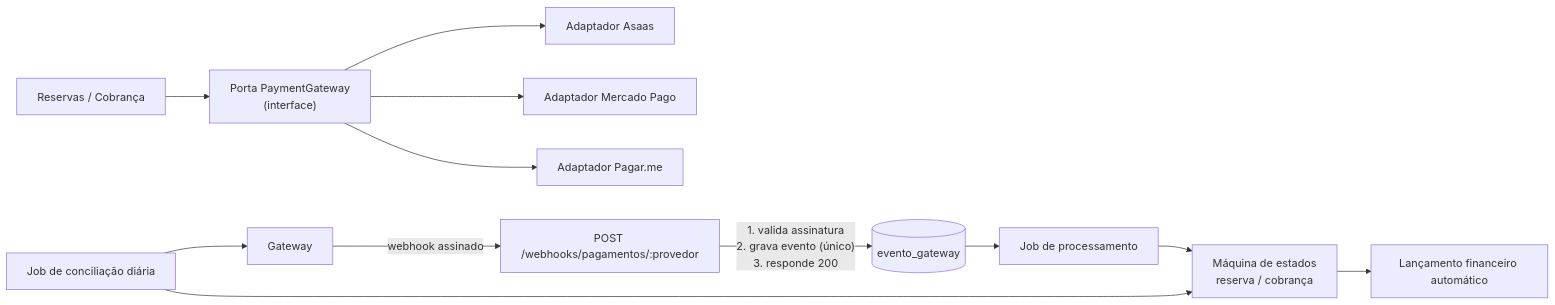
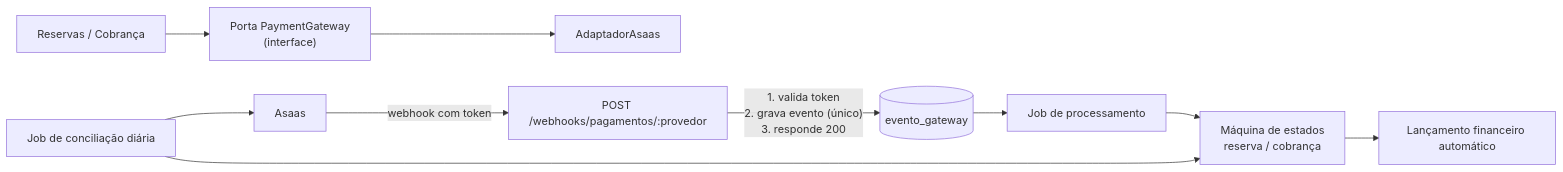
Before and after one commit to pedrolems/CondomiFacil: the fifth of 7 diagrams in docs/03-arquitetura/01-arquitetura.md, drawn with Mermaid. The commit also changed other lines of this file and 33 other files, not shown here.

````diff
--- a/docs/03-arquitetura/01-arquitetura.md
+++ b/docs/03-arquitetura/01-arquitetura.md
@@ -394,14 +394,12 @@
 ```mermaid
 flowchart LR
     ReservaSvc["Reservas / Cobrança"] --> Porta["Porta PaymentGateway<br/>(interface)"]
-    Porta --> AdA["Adaptador Asaas"]
-    Porta --> AdB["Adaptador Mercado Pago"]
-    Porta --> AdC["Adaptador Pagar.me"]
-    GW["Gateway"] -- "webhook assinado" --> WH["POST /webhooks/pagamentos/:provedor"]
-    WH -->|"1. valida assinatura<br/>2. grava evento (único)<br/>3. responde 200"| EV[("evento_gateway")]
+    Porta --> AdA["AdaptadorAsaas"]
+    GW["Asaas"] -- "webhook com token" --> WH["POST /webhooks/pagamentos/:provedor"]
+    WH -->|"1. valida token<br/>2. grava evento (único)<br/>3. responde 200"| EV[("evento_gateway")]
     EV --> JOB["Job de processamento"]
     JOB --> ST["Máquina de estados<br/>reserva / cobrança"]
     ST --> FIN["Lançamento financeiro automático"]
     CONC["Job de conciliação diária"] --> GW
     CONC --> ST
 ```
````
